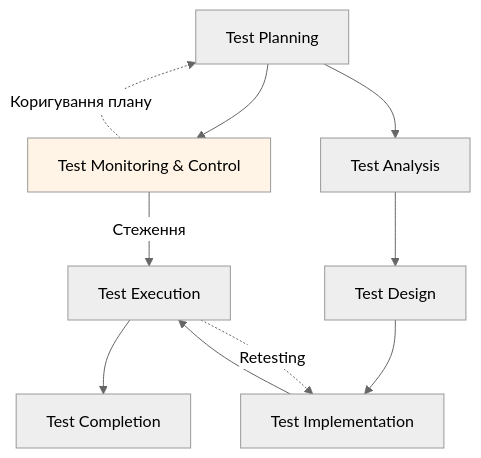
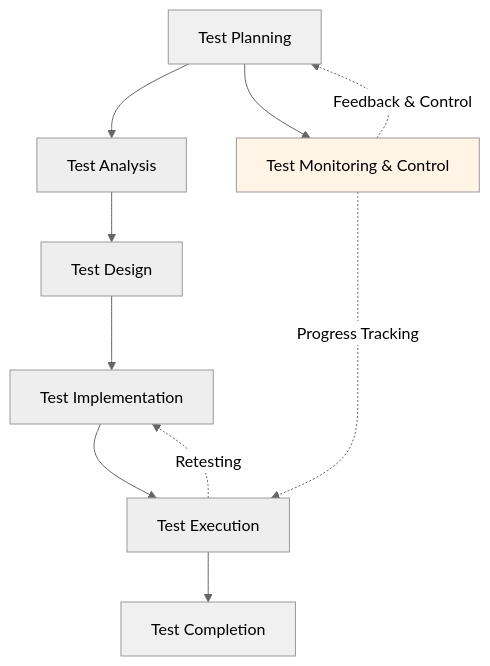
Before and after one commit to STT-VITI-22/stt-handbook: the first of 2 diagrams in dist/Частина 1/Вступ на фундаментальні основи/Глава 3/Процеси та цикли тестування.md, drawn with Mermaid (neutral theme). The commit also changed other lines of this file, not shown here.

````diff
--- a/dist/Частина 1/Вступ на фундаментальні основи/Глава 3/Процеси та цикли тестування.md
+++ b/dist/Частина 1/Вступ на фундаментальні основи/Глава 3/Процеси та цикли тестування.md
@@ -214,13 +214,25 @@
 ```mermaid
 graph TD
-    A[Test Planning] --> B[Test Monitoring & Control]
-    A --> C[Test Analysis]
-    C --> D[Test Design]
-    D --> E[Test Implementation]
-    E --> F[Test Execution]
-    B -->|Стеження| F
-    F --> G[Test Completion]
+    A[Test Planning]
+    B[Test Monitoring & Control]
+    C[Test Analysis]
+    D[Test Design]
+    E[Test Implementation]
+    F[Test Execution]
+    G[Test Completion]
+
+    A --> C
+    A --> B
+    C --> D
+    D --> E
+    E --> F
+    F --> G
+
+    B -.Feedback & Control.-> A
+    B -.Progress Tracking.-> F
     F -.Retesting.-> E
-    B -.Коригування плану.-> A
+
     style B fill:#fff4e6
+    style A fill:#f0f0f0
+    style G fill:#f0f0f0
 ```
````
